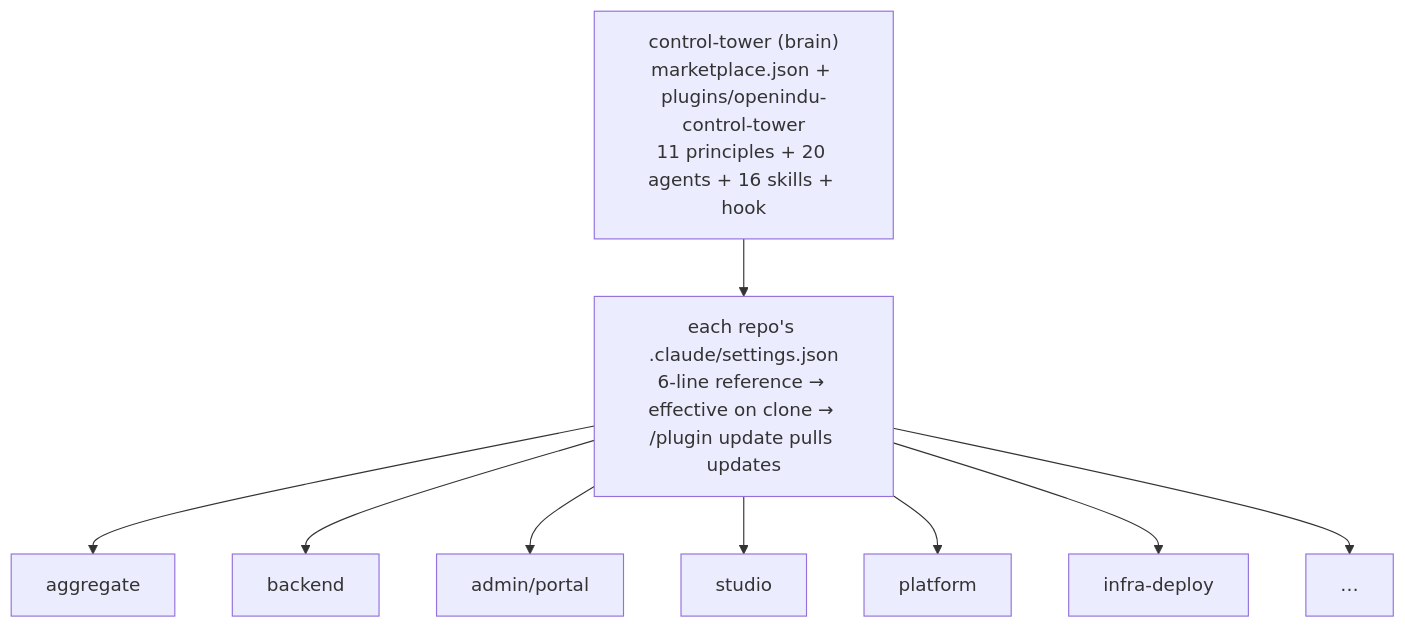
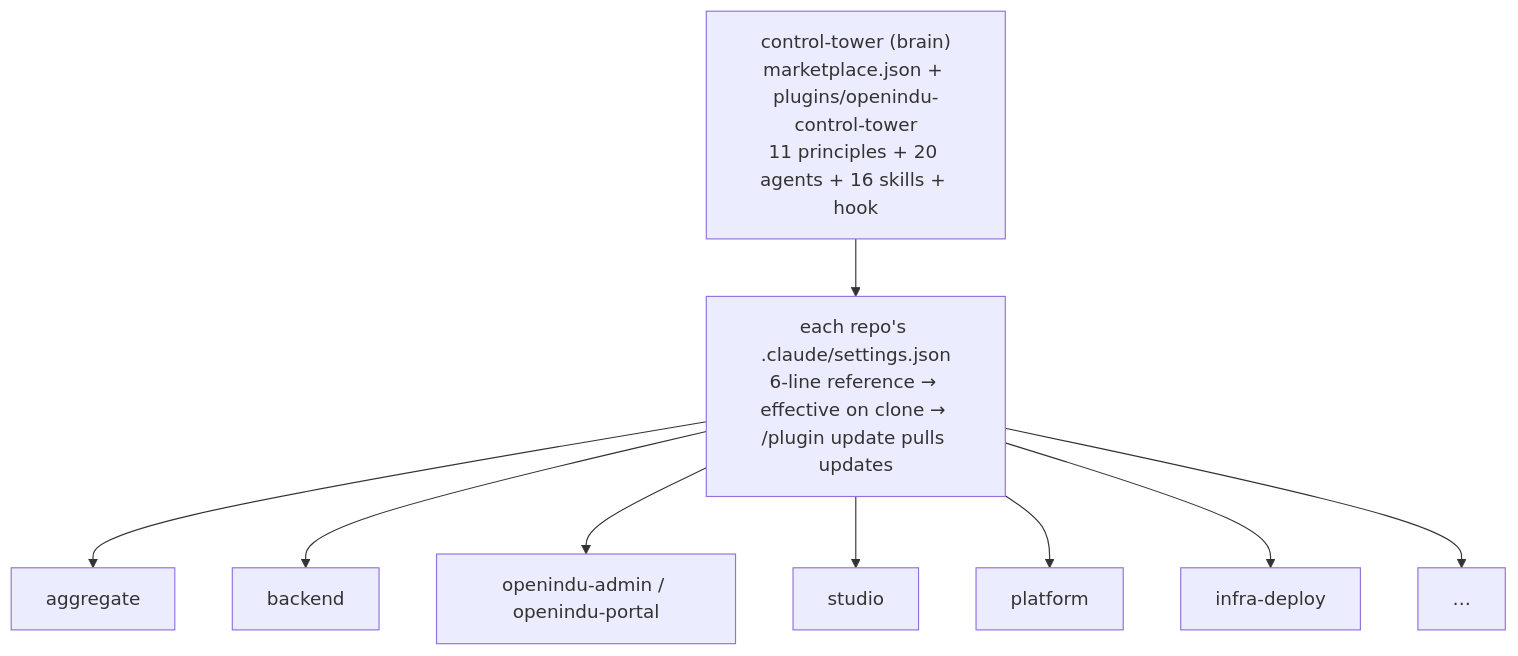
One commit to openIndu/control-tower changed the first of 2 diagrams in CLAUDE.md. Above: the diagram before and after it, drawn with Mermaid.

Commit message:
docs(claude-md): show real repo names on the admin/portal diagram node (#80)
The "Distribution" Mermaid diagram's adminportal node was the one node
combining two distinct repos under a generic shorthand ("admin/portal")
that doesn't map cleanly to either real name, unlike backend/studio/
platform which already read as their repo's unambiguous suffix. Swap
the label for the actual repo names: openindu-admin / openindu-portal.

Render re-verified via @mermaid-js/mermaid-cli before committing.

````diff
--- a/CLAUDE.md
+++ b/CLAUDE.md
@@ -43,13 +43,13 @@
 ```mermaid
 graph TD
     brain["control-tower (brain)<br/>marketplace.json + plugins/openindu-control-tower<br/>11 principles + 20 agents + 16 skills + hook"]
     settings["each repo's .claude/settings.json<br/>6-line reference → effective on clone → /plugin update pulls updates"]
     brain --> settings
     settings --> aggregate
     settings --> backend
-    settings --> adminportal["admin/portal"]
+    settings --> adminportal["openindu-admin / openindu-portal"]
     settings --> studio
     settings --> platform
     settings --> infra["infra-deploy"]
     settings --> more["…"]
 ```
````
